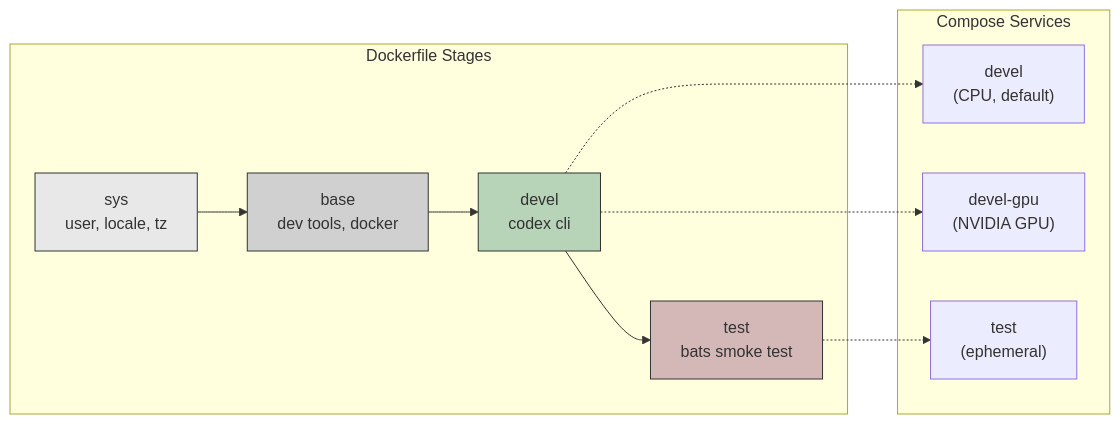
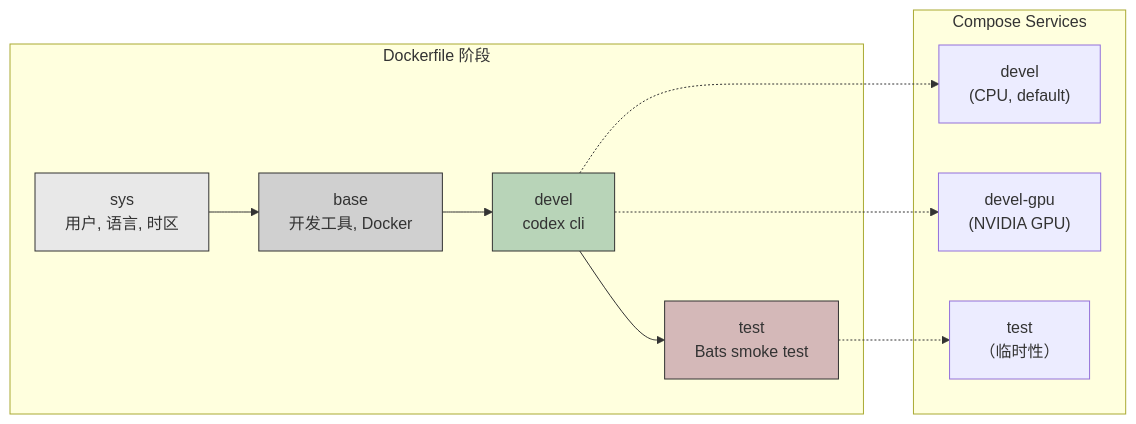
One commit to ycpss91255-docker/codex_cli changed the second of 3 diagrams in doc/README.zh-CN.md. Above: the diagram before and after it, drawn with Mermaid. The commit also changed other lines of this file and 2 other files, not shown here.

First line of the commit message:
docs: keep 'smoke test' as proper noun in i18n

````diff
--- a/doc/README.zh-CN.md
+++ b/doc/README.zh-CN.md
@@ -69,26 +69,26 @@
 ```mermaid
 graph LR
-    subgraph "Dockerfile Stages"
-        sys["sys<br/>user, locale, tz"]
-        base["base<br/>dev tools, docker"]
+    subgraph "Dockerfile 阶段"
+        sys["sys<br/>用户, 语言, 时区"]
+        base["base<br/>开发工具, Docker"]
         devel["devel<br/>codex cli"]
-        test["test<br/>bats smoke test"]
+        test["test<br/>Bats smoke test"]
     end
 
     sys --> base --> devel --> test
 
     subgraph "Compose Services"
         S_CPU["devel<br/>(CPU, default)"]
         S_GPU["devel-gpu<br/>(NVIDIA GPU)"]
-        S_Test["test<br/>(ephemeral)"]
+        S_Test["test<br/>（临时性）"]
     end
 
     devel -.-> S_CPU
     devel -.-> S_GPU
     test -.-> S_Test
 
     style sys fill:#e8e8e8,stroke:#333
     style base fill:#d0d0d0,stroke:#333
     style devel fill:#b8d4b8,stroke:#333
     style test fill:#d4b8b8,stroke:#333
 ```
````
